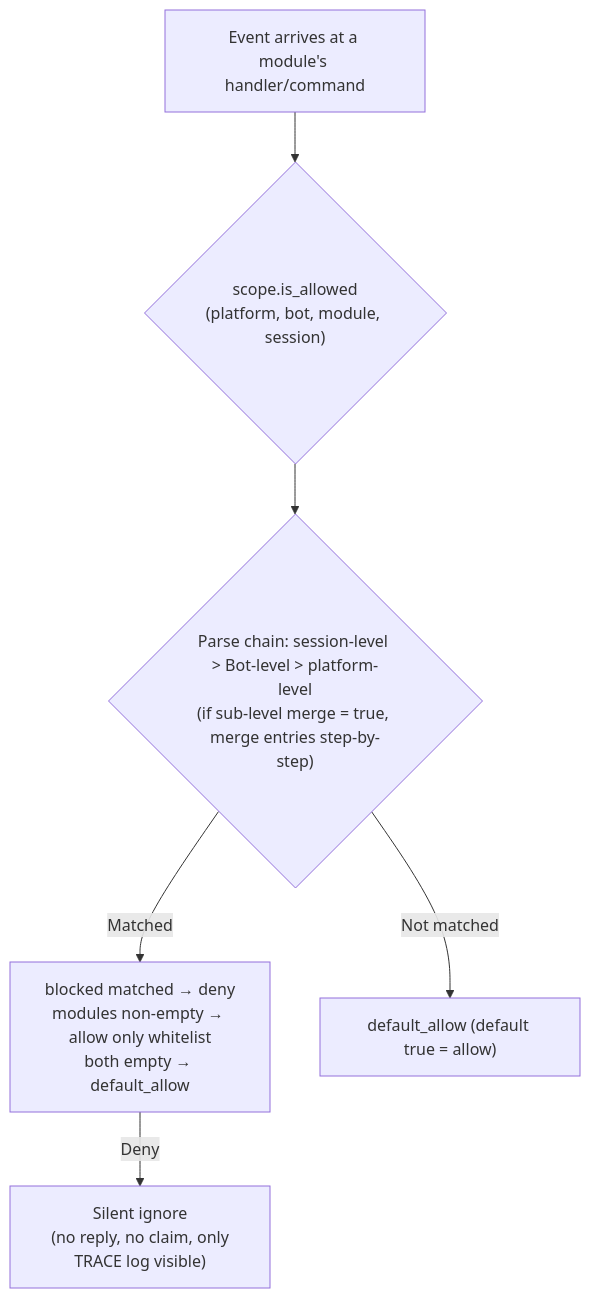
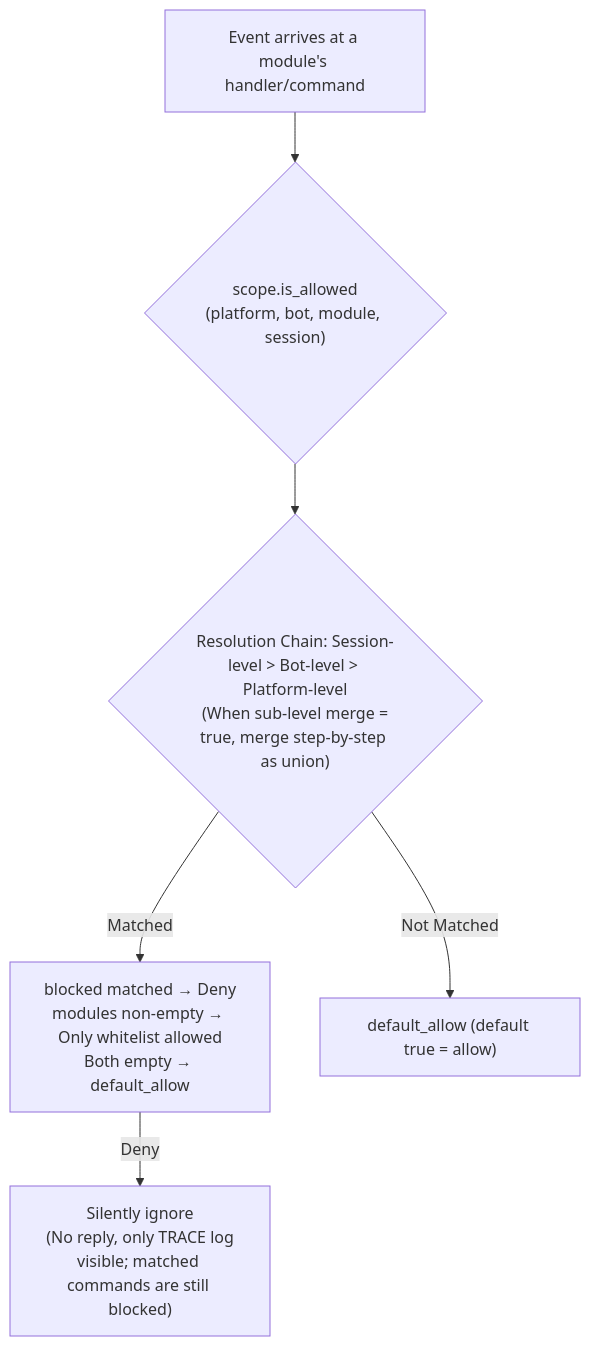
The diagram in docs/en/advanced/scope.md (ErisPulse/ErisPulse), drawn with Mermaid before and after one commit. The commit also changed other lines of this file and 23 other files, not shown here.

````diff
--- a/docs/en/advanced/scope.md
+++ b/docs/en/advanced/scope.md
@@ -86,8 +87,8 @@
 ```mermaid
 flowchart TD
     A["Event arrives at a module's handler/command"] --> B{"scope.is_allowed<br/>(platform, bot, module, session)"}
-    B --> C{"Parse chain: session-level > Bot-level > platform-level<br/>(if sub-level merge = true, merge entries step-by-step)"}
-    C -->|"Matched"| D["blocked matched → deny<br/>modules non-empty → allow only whitelist<br/>both empty → default_allow"]
-    C -->|"Not matched"| E["default_allow (default true = allow)"]
-    D -->|"Deny"| Z["Silent ignore<br/> (no reply, no claim, only TRACE log visible)"]
+    B --> C{"Resolution Chain: Session-level > Bot-level > Platform-level<br/> (When sub-level merge = true, merge step-by-step as union)"}
+    C -->|"Matched"| D["blocked matched → Deny<br/>modules non-empty → Only whitelist allowed<br/>Both empty → default_allow"]
+    C -->|"Not Matched"| E["default_allow (default true = allow)"]
+    D -->|"Deny"| Z["Silently ignore<br/> (No reply, only TRACE log visible; matched commands are still blocked)"]
 ```
````
